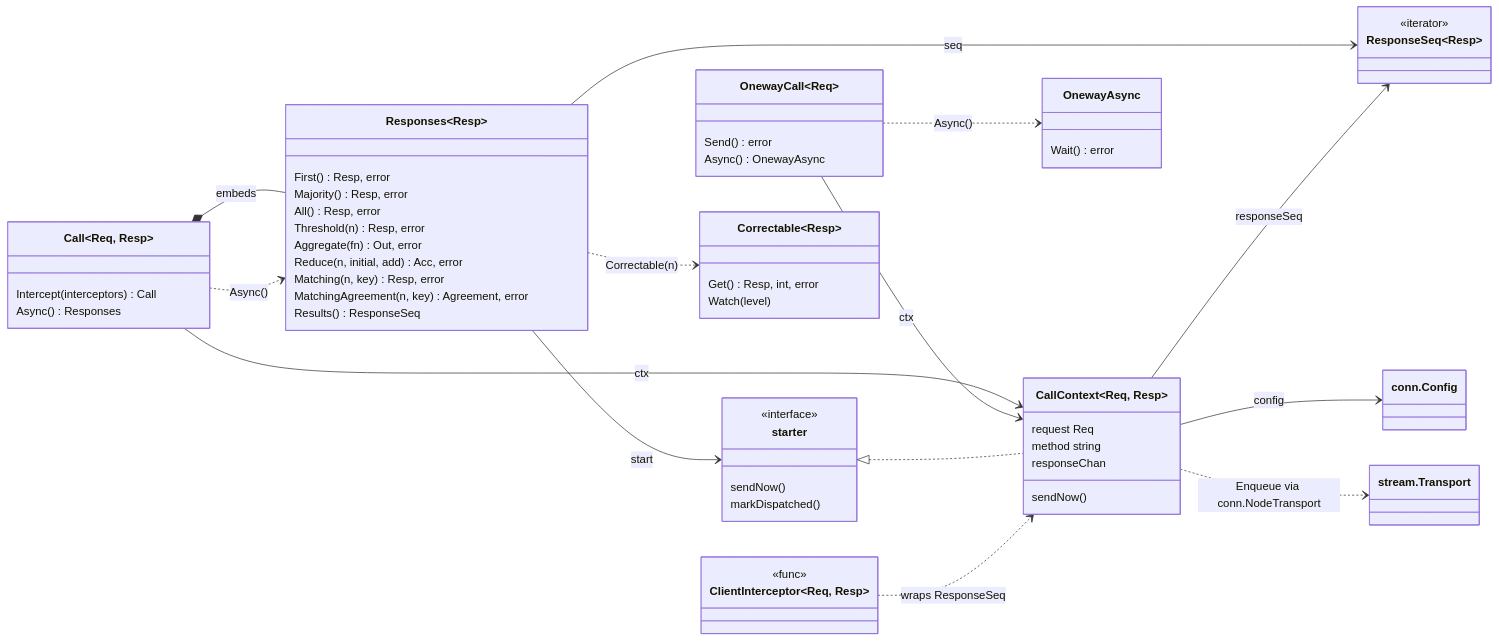
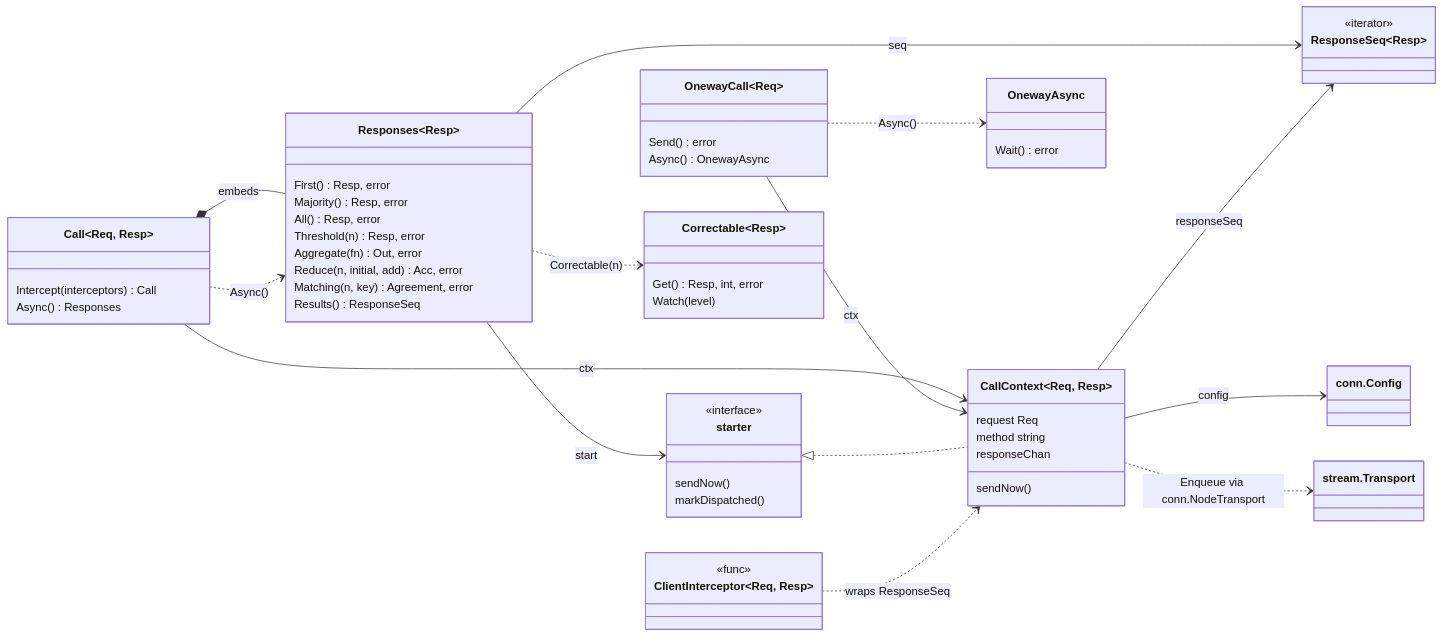
Before and after one commit to relab/gorums: the sixth of 9 diagrams in doc/dev-guide.md, drawn with Mermaid. The commit also changed other lines of this file and 7 other files, not shown here.

First line of the commit message:
gorums: return an Agreement from Matching

````diff
--- a/doc/dev-guide.md
+++ b/doc/dev-guide.md
@@ -438,63 +438,62 @@
 ```mermaid
 classDiagram
     direction LR
     class CallContext~Req, Resp~ {
         request Req
         method string
         responseChan
         sendNow()
     }
     class Call~Req, Resp~ {
         Intercept(interceptors) Call
         Async() Responses
     }
     class Responses~Resp~ {
         First() Resp, error
         Majority() Resp, error
         All() Resp, error
         Threshold(n) Resp, error
         Aggregate(fn) Out, error
         Reduce(n, initial, add) Acc, error
-        Matching(n, key) Resp, error
-        MatchingAgreement(n, key) Agreement, error
+        Matching(n, key) Agreement, error
         Results() ResponseSeq
     }
     class OnewayCall~Req~ {
         Send() error
         Async() OnewayAsync
     }
     class OnewayAsync {
         Wait() error
     }
     class ResponseSeq~Resp~ {
         <<iterator>>
     }
     class ClientInterceptor~Req, Resp~ {
         <<func>>
     }
     class Correctable~Resp~ {
         Get() Resp, int, error
         Watch(level)
     }
     class starter {
         <<interface>>
         sendNow()
         markDispatched()
     }
     class ConnConfig["conn.Config"]
     class StreamTransport["stream.Transport"]
 
     Call *-- Responses : embeds
     Call --> CallContext : ctx
     OnewayCall --> CallContext : ctx
     OnewayCall ..> OnewayAsync : Async()
     Responses --> ResponseSeq : seq
     Responses --> starter : start
     starter <|.. CallContext
     Call ..> Responses : Async()
     Responses ..> Correctable : Correctable(n)
     CallContext --> ConnConfig : config
     CallContext --> ResponseSeq : responseSeq
     ClientInterceptor ..> CallContext : wraps ResponseSeq
     CallContext ..> StreamTransport : Enqueue via conn.NodeTransport
 ```
````
